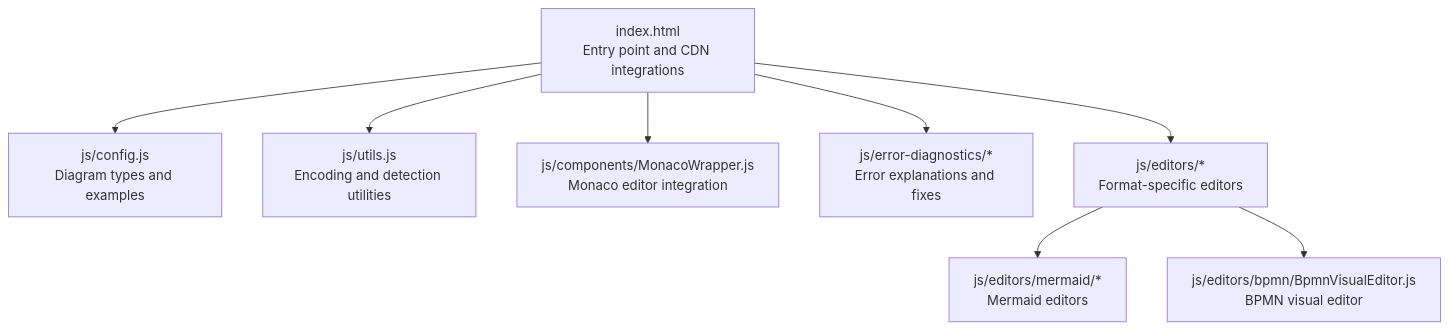
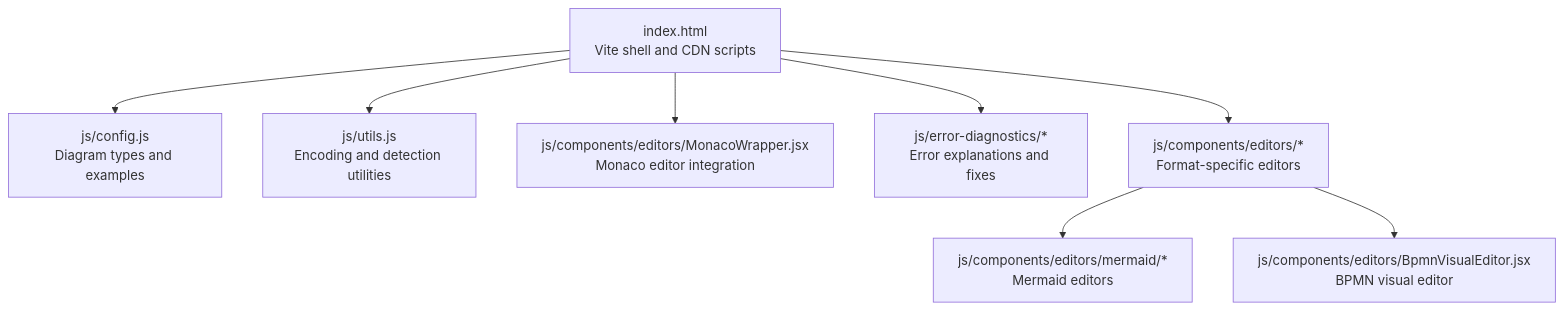
One commit to ongchonghian/universal-diagram-editor changed the first of 6 diagrams in .qoder/repowiki/en/content/Diagram Types and Formats/Specialized Diagram Formats.md. Above: the diagram before and after it, drawn with Mermaid. The commit also changed other lines of this file and 31 other files, not shown here.

````diff
--- a/.qoder/repowiki/en/content/Diagram Types and Formats/Specialized Diagram Formats.md
+++ b/.qoder/repowiki/en/content/Diagram Types and Formats/Specialized Diagram Formats.md
@@ -43,10 +42,10 @@
 ```mermaid
 graph TB
-A["index.html<br/>Entry point and CDN integrations"] --> B["js/config.js<br/>Diagram types and examples"]
+A["index.html<br/>Vite shell and CDN scripts"] --> B["js/config.js<br/>Diagram types and examples"]
 A --> C["js/utils.js<br/>Encoding and detection utilities"]
-A --> D["js/components/MonacoWrapper.js<br/>Monaco editor integration"]
+A --> D["js/components/editors/MonacoWrapper.jsx<br/>Monaco editor integration"]
 A --> E["js/error-diagnostics/*<br/>Error explanations and fixes"]
-A --> F["js/editors/*<br/>Format-specific editors"]
-F --> G["js/editors/mermaid/*<br/>Mermaid editors"]
-F --> H["js/editors/bpmn/BpmnVisualEditor.js<br/>BPMN visual editor"]
+A --> F["js/components/editors/*<br/>Format-specific editors"]
+F --> G["js/components/editors/mermaid/*<br/>Mermaid editors"]
+F --> H["js/components/editors/BpmnVisualEditor.jsx<br/>BPMN visual editor"]
 ```
````
